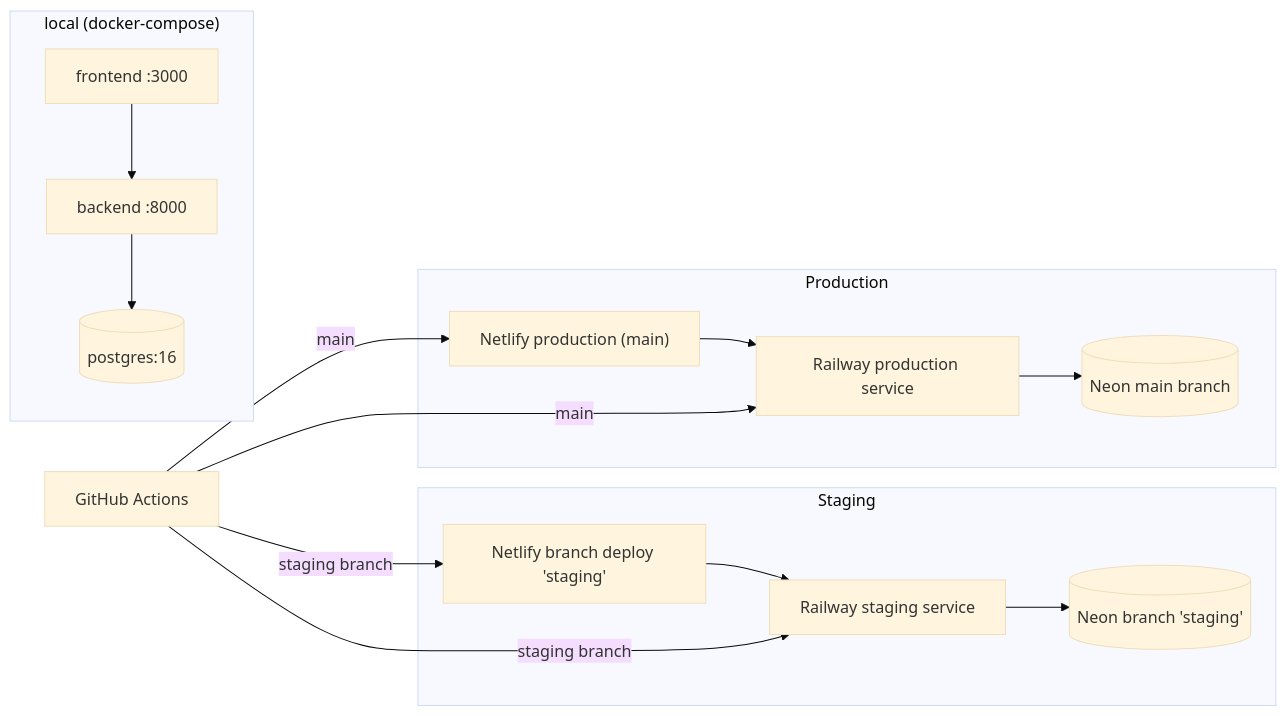
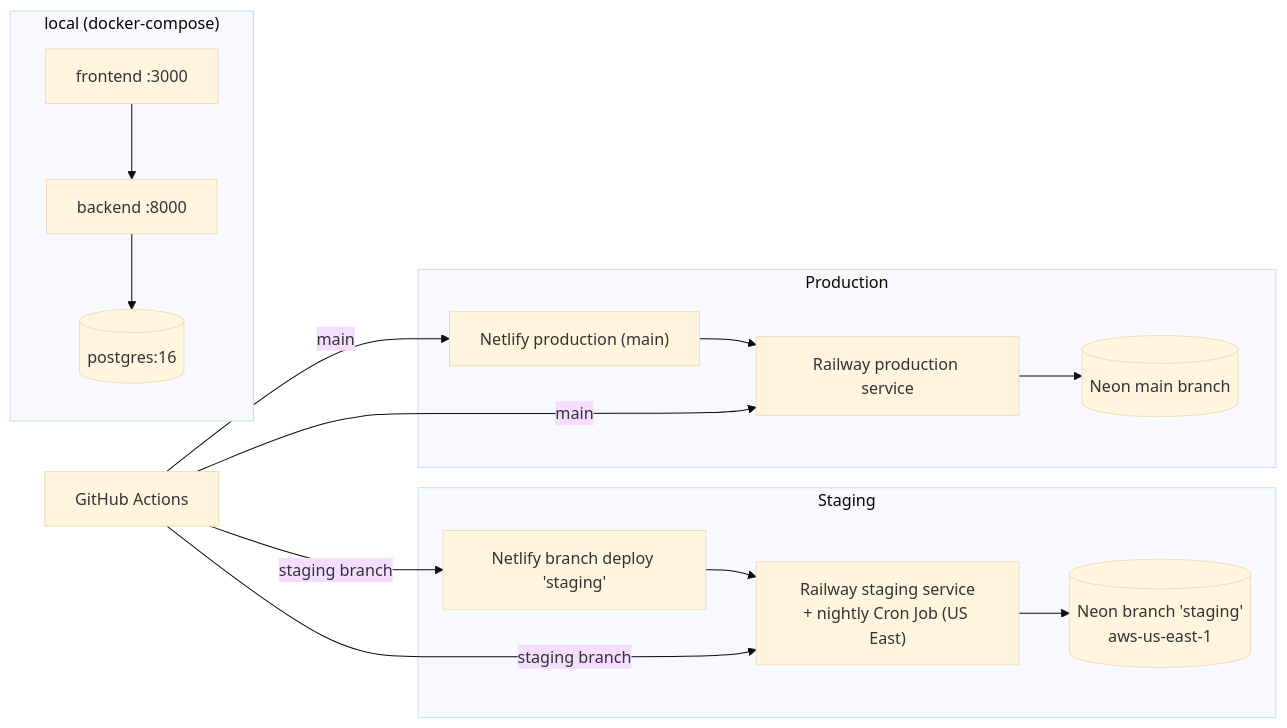
Before and after one commit to EchoWellApp/echowell: the sixth of 7 diagrams in specs/TRD/01_System_Architecture_TRD.md, drawn with Mermaid (base theme). The commit also changed other lines of this file and 11 other files, not shown here.

````diff
--- a/specs/TRD/01_System_Architecture_TRD.md
+++ b/specs/TRD/01_System_Architecture_TRD.md
@@ -333,14 +334,14 @@
 ```mermaid
 flowchart LR
     subgraph Local["local (docker-compose)"]
         LF["frontend :3000"] --> LB["backend :8000"] --> LP[("postgres:16")]
     end
     subgraph Staging
-        SF["Netlify branch deploy 'staging'"] --> SB["Railway staging service"] --> SP[("Neon branch 'staging'")]
+        SF["Netlify branch deploy 'staging'"] --> SB["Railway staging service<br/>+ nightly Cron Job (US East)"] --> SP[("Neon branch 'staging'<br/>aws-us-east-1")]
     end
     subgraph Production
         PF["Netlify production (main)"] --> PB["Railway production service"] --> PP[("Neon main branch")]
     end
     GH["GitHub Actions"] -->|staging branch| SF & SB
     GH -->|main| PF & PB
 ```
````
